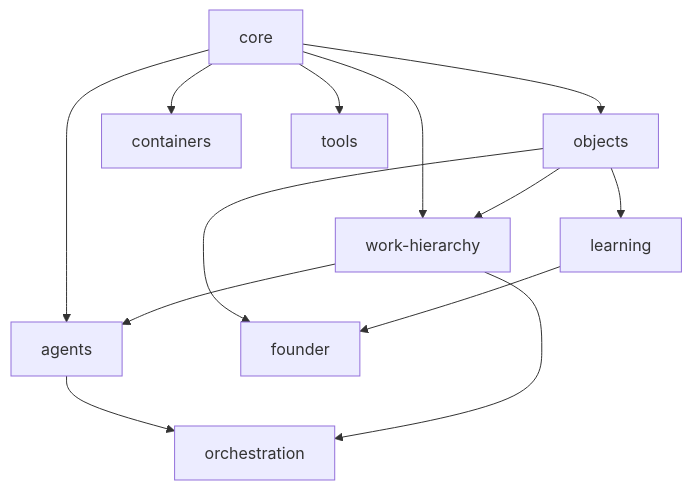
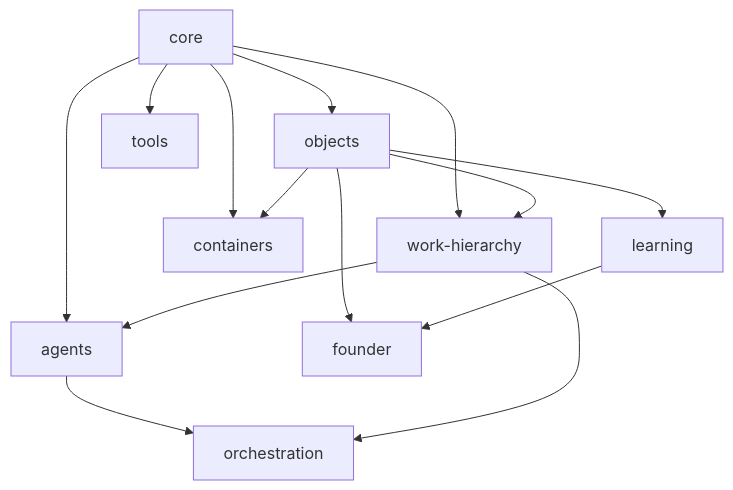
Before and after one commit to lmentry29/AIOS: the diagram in docs/engineering/runtime-interfaces.md, drawn with Mermaid. The commit also changed other lines of this file, not shown here.

First line of the commit message:
docs(engineering): add the objects → containers edge to the dependency graph

````diff
--- a/docs/engineering/runtime-interfaces.md
+++ b/docs/engineering/runtime-interfaces.md
@@ -152,15 +158,16 @@
 ```mermaid
 graph TD
     core[core] --> objects[objects]
     core --> workhier[work-hierarchy]
     core --> containers[containers]
     core --> tools[tools]
     core --> agents[agents]
     objects --> workhier
+    objects --> containers
     objects --> learning[learning]
     workhier --> agents
     agents --> orchestration[orchestration]
     workhier --> orchestration
     objects --> founder[founder]
     learning --> founder
 ```
````
